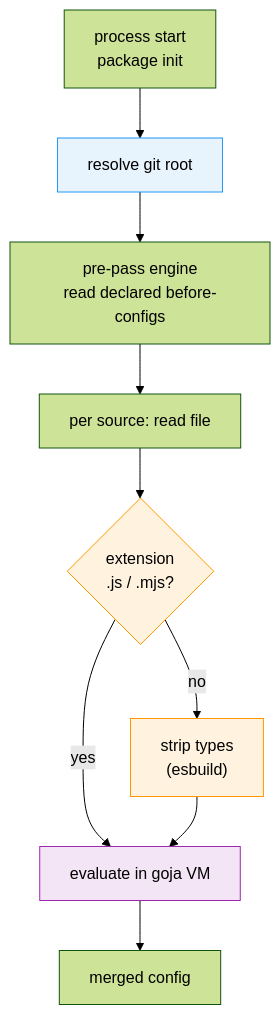
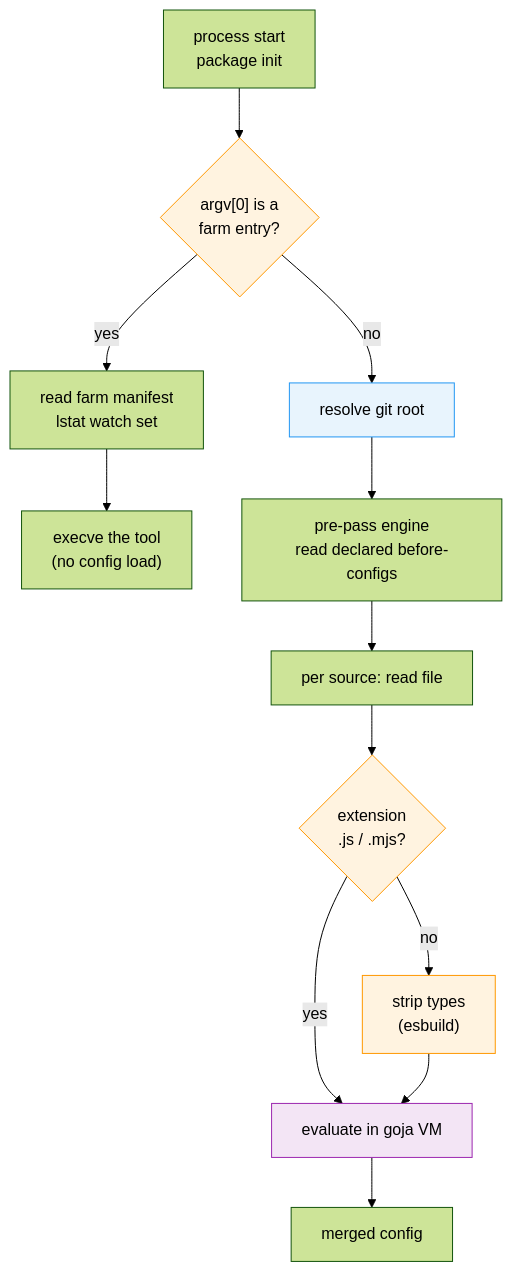
The diagram in website/docs/guides/architecture/startup.md (datamitsu/datamitsu), drawn with Mermaid (forest theme) before and after one commit. The commit also changed other lines of this file and 83 other files, not shown here.

````diff
--- a/website/docs/guides/architecture/startup.md
+++ b/website/docs/guides/architecture/startup.md
@@ -12,16 +18,20 @@
 ```mermaid
 graph TD
-    A["process start<br/>package init"] --> B["resolve git root"]
+    A["process start<br/>package init"] --> S{"argv[0] is a<br/>farm entry?"}
+    S -->|yes| S1["read farm manifest<br/>lstat watch set"]
+    S1 --> S2["execve the tool<br/>(no config load)"]
+    S -->|no| B["resolve git root"]
     B --> C["pre-pass engine<br/>read declared before-configs"]
     C --> D["per source: read file"]
     D --> E{"extension<br/>.js / .mjs?"}
     E -->|yes| G["evaluate in goja VM"]
     E -->|no| F["strip types<br/>(esbuild)"]
     F --> G
     G --> H["merged config"]
 
     style B fill:#e8f4fd,stroke:#2196f3
+    style S fill:#fff3e0,stroke:#ff9800
     style E fill:#fff3e0,stroke:#ff9800
     style F fill:#fff3e0,stroke:#ff9800
     style G fill:#f3e5f5,stroke:#9c27b0
 ```
````
